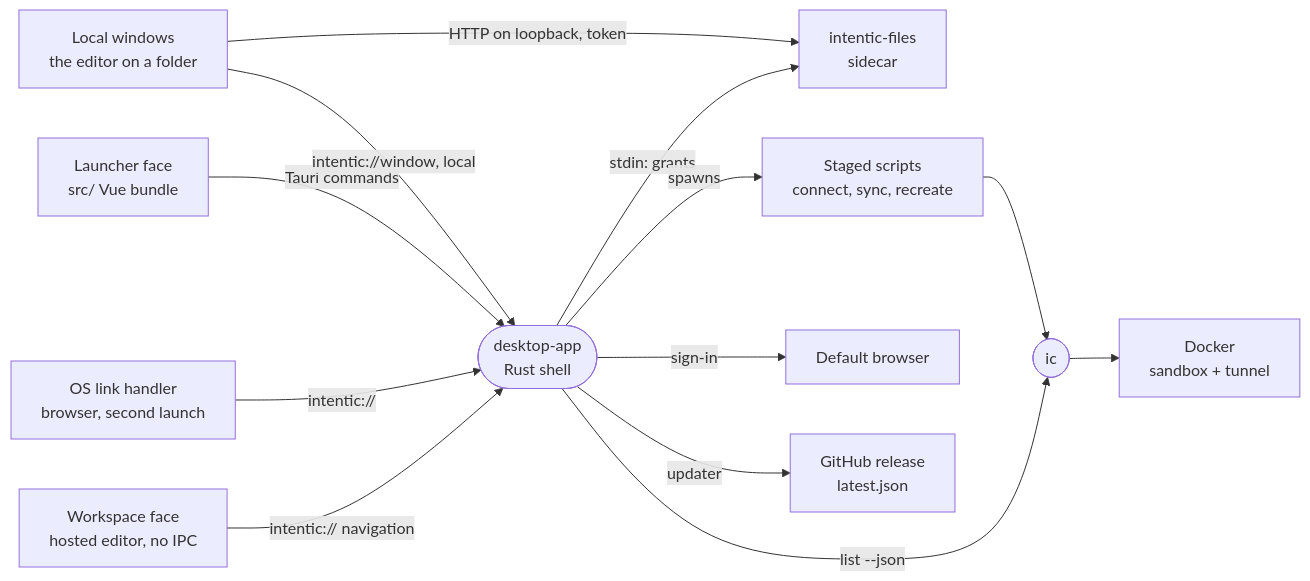
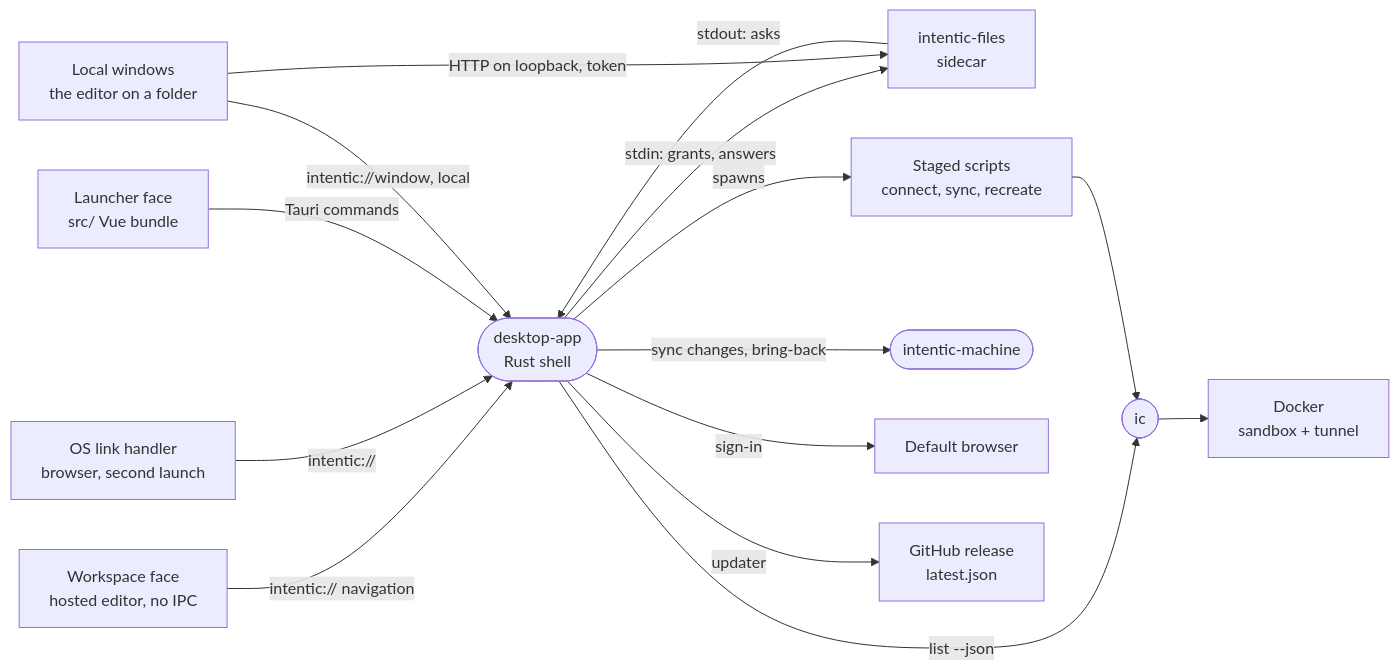
The diagram in _editor/desktop-app/README.md (intentic/intentic), drawn with Mermaid before and after one commit. The commit also changed other lines of this file and 211 other files, not shown here.

````diff
--- a/_editor/desktop-app/README.md
+++ b/_editor/desktop-app/README.md
@@ -5,15 +5,17 @@
 ```mermaid
 flowchart LR
     spa["Workspace face<br/>hosted editor, no IPC"] -->|"intentic:// navigation"| app(["desktop-app<br/>Rust shell"])
     os["OS link handler<br/>browser, second launch"] -->|"intentic://"| app
     launcher["Launcher face<br/>src/ Vue bundle"] -->|"Tauri commands"| app
     local["Local windows<br/>the editor on a folder"] -->|"intentic://window, local"| app
-    app -->|"stdin: grants"| files["intentic-files<br/>sidecar"]
+    app -->|"stdin: grants, answers"| files["intentic-files<br/>sidecar"]
+    files -->|"stdout: asks"| app
     local -->|"HTTP on loopback, token"| files
     app -->|"spawns"| scripts["Staged scripts<br/>connect, sync, recreate"]
+    app -->|"sync changes, bring-back"| machine(["intentic-machine"])
     app -->|"list --json"| ic(["ic"])
     scripts --> ic
     ic --> docker["Docker<br/>sandbox + tunnel"]
     app -->|"sign-in"| browser["Default browser"]
     app -->|"updater"| release["GitHub release<br/>latest.json"]
 ```
````
